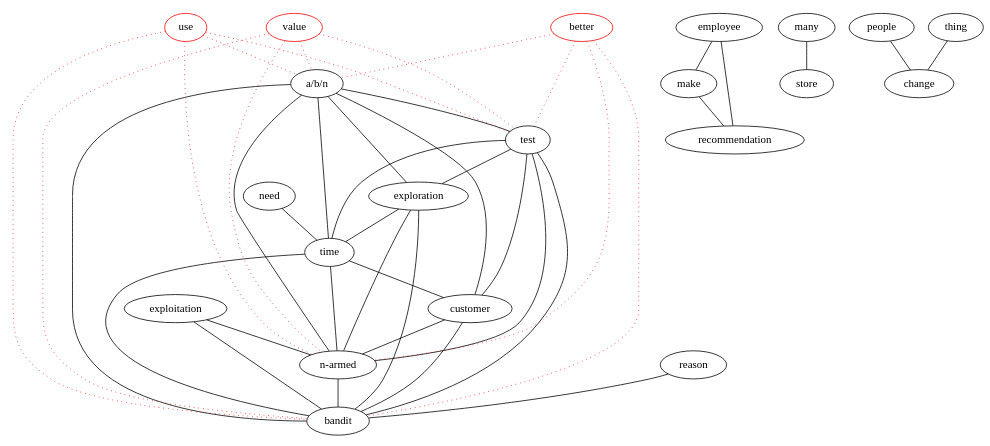
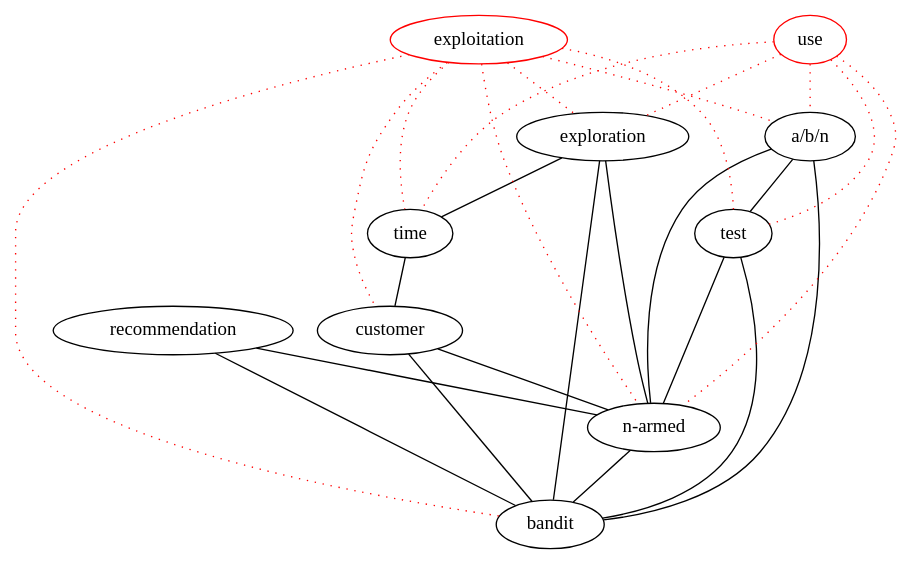
Before and after one commit to michaelweiss/keygraph: the diagram in dot/actions.dot, drawn with Graphviz. The commit also changed 9 other files, not shown here.

Commit message:
prune graph (initial)

```diff
--- a/dot/actions.dot
+++ b/dot/actions.dot
@@ -1,66 +1,39 @@
 graph keygraph {
 graph [size="10,10"]
+recommendation [color="black"]
 test [color="black"]
-make [color="black"]
-employee [color="black"]
-many [color="black"]
-store [color="black"]
-need [color="black"]
+customer [color="black"]
+bandit [color="black"]
+time [color="black"]
+exploration [color="black"]
 "a/b/n" [color="black"]
-reason [color="black"]
-bandit [color="black"]
-people [color="black"]
-change [color="black"]
 "n-armed" [color="black"]
-exploitation [color="black"]
-exploration [color="black"]
-thing [color="black"]
-recommendation [color="black"]
-customer [color="black"]
-time [color="black"]
+exploitation [color="red"]
 use [color="red"]
-value [color="red"]
-better [color="red"]
-reason--bandit
-employee--make
-employee--recommendation
-make--recommendation
-many--store
-"a/b/n"--exploration
-"a/b/n"--time
-"a/b/n"--customer
-test--exploration
-test--time
-test--customer
-people--change
-thing--change
-exploration--time
-need--time
-time--customer
-time--"n-armed"
-time--bandit
+recommendation--"n-armed"
+recommendation--bandit
 customer--"n-armed"
 customer--bandit
-exploitation--"n-armed"
-exploitation--bandit
-exploration--"n-armed"
-exploration--bandit
 "a/b/n"--"n-armed"
 "a/b/n"--bandit
 test--"n-armed"
 test--bandit
+exploration--time
+exploration--"n-armed"
+exploration--bandit
+time--customer
 "a/b/n"--test
 "n-armed"--bandit
-value--test [color="red", style="dotted"]
-value--"a/b/n" [color="red", style="dotted"]
-value--bandit [color="red", style="dotted"]
-value--"n-armed" [color="red", style="dotted"]
-better--test [color="red", style="dotted"]
-better--"a/b/n" [color="red", style="dotted"]
-better--bandit [color="red", style="dotted"]
-better--"n-armed" [color="red", style="dotted"]
-use--bandit [color="red", style="dotted"]
+use--time [color="red", style="dotted"]
+use--exploration [color="red", style="dotted"]
 use--"n-armed" [color="red", style="dotted"]
+exploitation--test [color="red", style="dotted"]
+exploitation--customer [color="red", style="dotted"]
+exploitation--time [color="red", style="dotted"]
+exploitation--"a/b/n" [color="red", style="dotted"]
 use--test [color="red", style="dotted"]
 use--"a/b/n" [color="red", style="dotted"]
+exploitation--bandit [color="red", style="dotted"]
+exploitation--exploration [color="red", style="dotted"]
+exploitation--"n-armed" [color="red", style="dotted"]
 }
```
